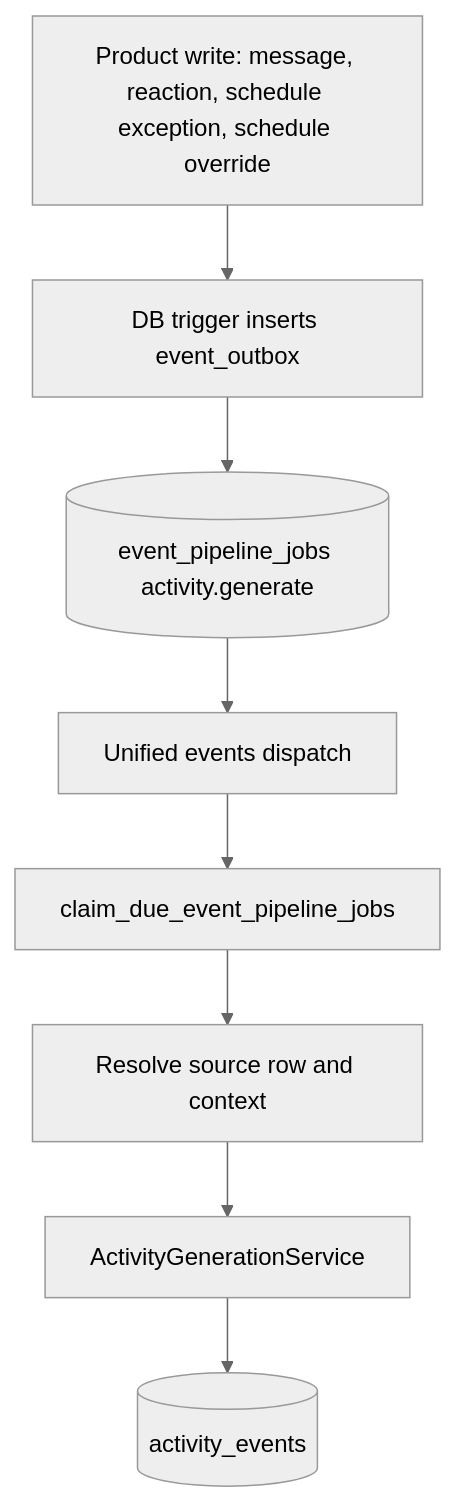
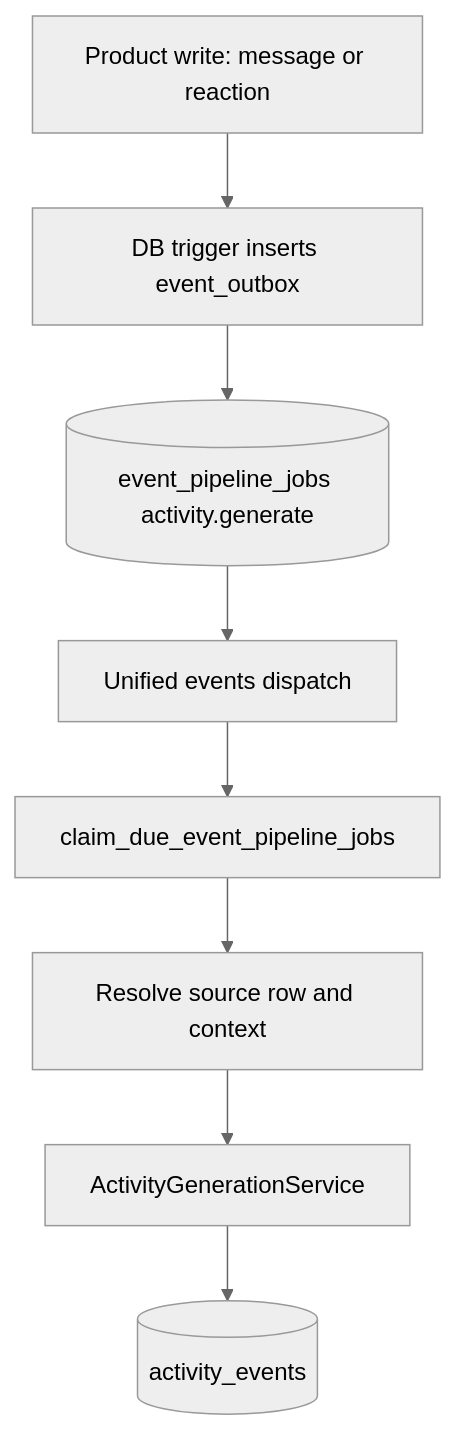
The first of 4 diagrams in docs/architecture/activity-feed.md (heidisoft/iconicedu-monorepo), drawn with Mermaid (neutral theme) before and after one commit. The commit also changed other lines of this file and 41 other files, not shown here.

````diff
--- a/docs/architecture/activity-feed.md
+++ b/docs/architecture/activity-feed.md
@@ -20,10 +20,10 @@
 ```mermaid
 flowchart TD
-  ProductWrite[Product write: message, reaction, schedule exception, schedule override] --> Trigger[DB trigger inserts event_outbox]
+  ProductWrite[Product write: message or reaction] --> Trigger[DB trigger inserts event_outbox]
   Trigger --> Jobs[(event_pipeline_jobs activity.generate)]
   Jobs --> WorkerCron[Unified events dispatch]
   WorkerCron --> ClaimSource[claim_due_event_pipeline_jobs]
   ClaimSource --> ProcessSource[Resolve source row and context]
   ProcessSource --> Generate[ActivityGenerationService]
   Generate --> Events[(activity_events)]
 ```
````
